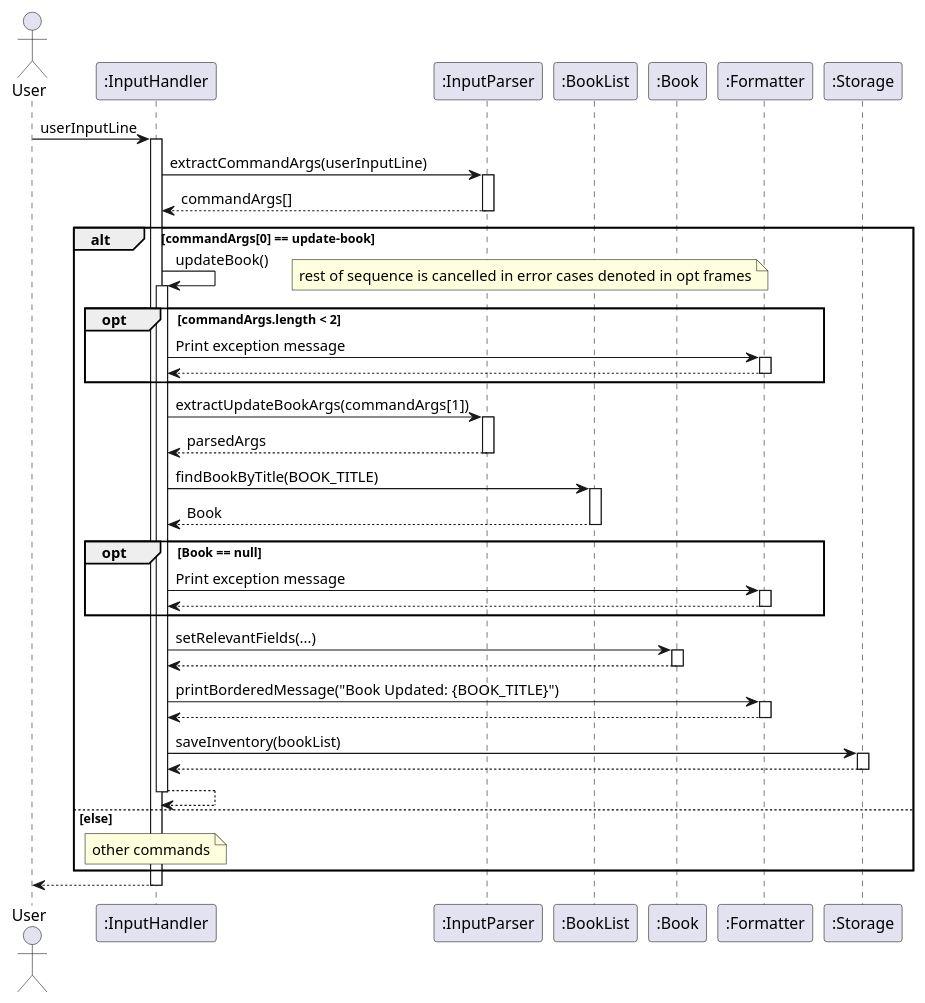
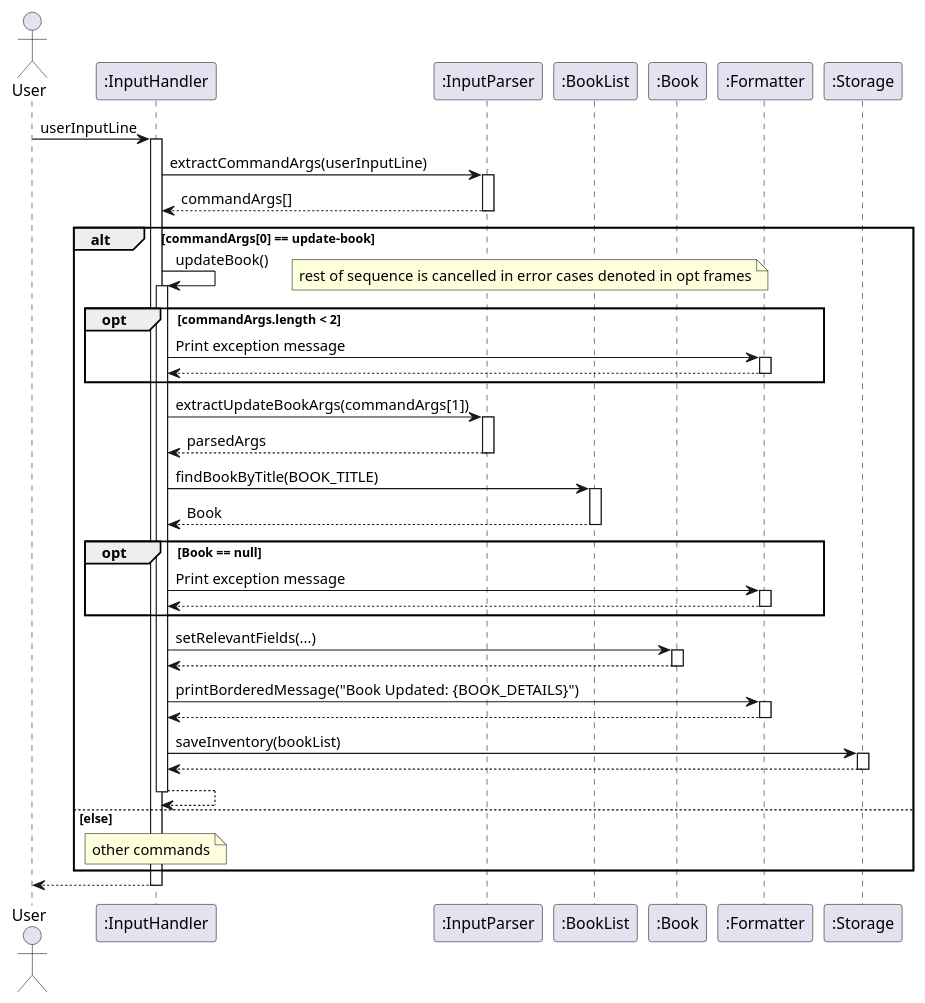
The diagram in docs/diagrams/updateBook.puml (AY2425S2-CS2113-T12-2/tp), drawn with PlantUML before and after one commit. The commit also changed 2 other files, not shown here.

Commit message:
edit success message printing in sequence diagram for updatebook to reflect actual output and saved the png files for the other edited sequence diagrams

```diff
--- a/docs/diagrams/updateBook.puml
+++ b/docs/diagrams/updateBook.puml
@@ -1,77 +1,77 @@
 @startuml
 actor User
 participant InputHandler as ":InputHandler"
 participant InputParser as ":InputParser"
 participant BookList as ":BookList"
 participant Book as ":Book"
 participant Formatter as ":Formatter"
 participant Storage as ":Storage"
 
 User -> InputHandler: userInputLine
 activate InputHandler
 
 InputHandler -> InputParser: extractCommandArgs(userInputLine)
 activate InputParser
 
 InputParser --> InputHandler: commandArgs[]
 deactivate InputParser
 
 alt commandArgs[0] == update-book
     InputHandler -> InputHandler : updateBook()
     activate InputHandler
 
     opt commandArgs.length < 2
         note right
         rest of sequence is cancelled in error cases denoted in opt frames
         end note
         InputHandler -> Formatter: Print exception message
         activate Formatter
         Formatter --> InputHandler
         deactivate Formatter
     end
 
     InputHandler -> InputParser: extractUpdateBookArgs(commandArgs[1])
     activate InputParser
 
     InputParser --> InputHandler: parsedArgs
     deactivate InputParser
 
     InputHandler -> BookList: findBookByTitle(BOOK_TITLE)
     activate BookList
 
     BookList --> InputHandler: Book
     deactivate BookList
 
     opt Book == null
         InputHandler -> Formatter: Print exception message
         activate Formatter
         Formatter --> InputHandler
         deactivate Formatter
     end
     InputHandler -> Book : setRelevantFields(...)
     activate Book
     Book --> InputHandler
     deactivate Book
 
-    InputHandler -> Formatter: printBorderedMessage("Book Updated: {BOOK_TITLE}")
+    InputHandler -> Formatter: printBorderedMessage("Book Updated: {BOOK_DETAILS}")
     activate Formatter
 
     Formatter --> InputHandler
     deactivate Formatter
 
     InputHandler -> Storage: saveInventory(bookList)
     activate Storage
 
     Storage --> InputHandler
     deactivate Storage
 
 InputHandler --> InputHandler
 deactivate InputHandler
 
 else else
     note over InputHandler : other commands
 end
 
 InputHandler --> User
 deactivate InputHandler
 @enduml
```
